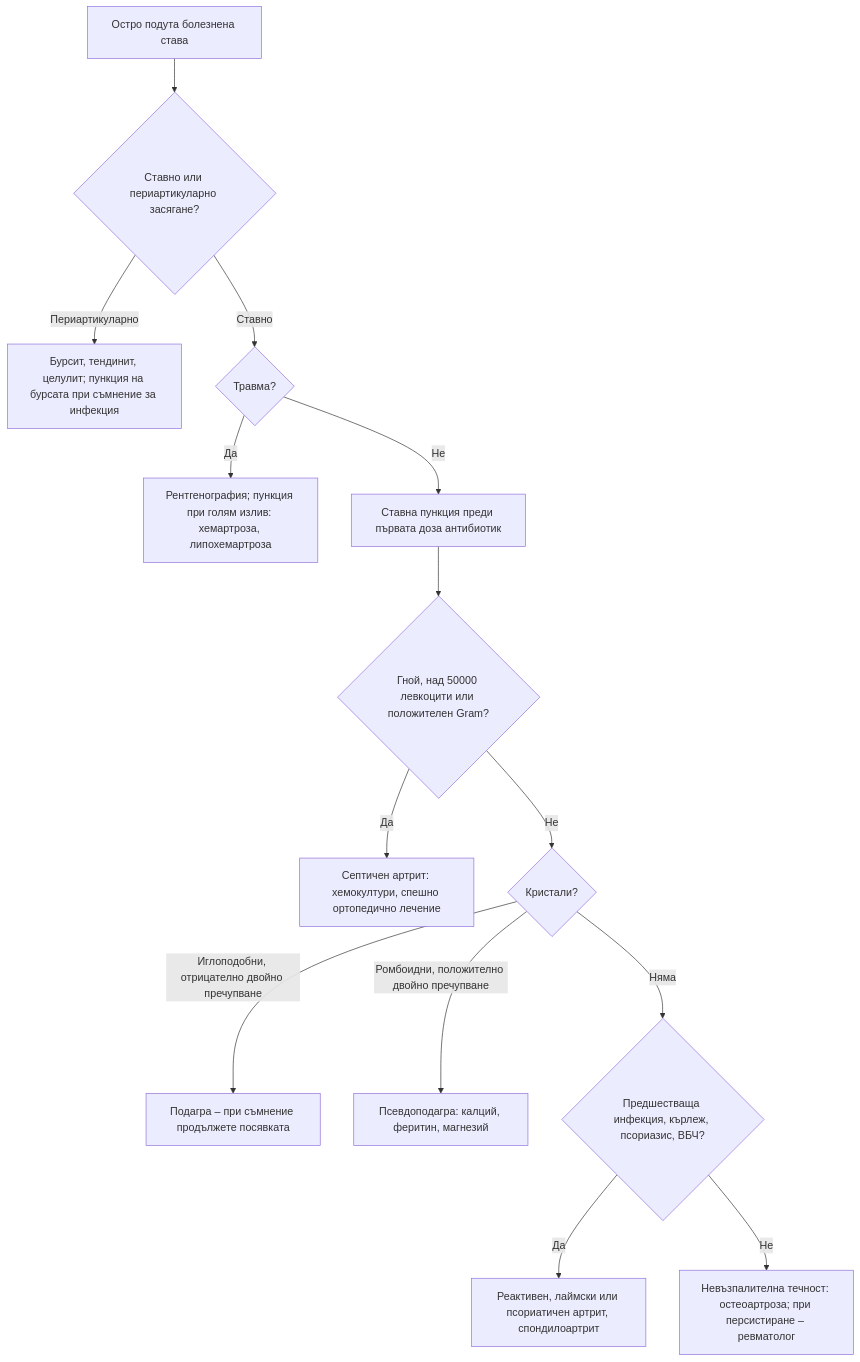
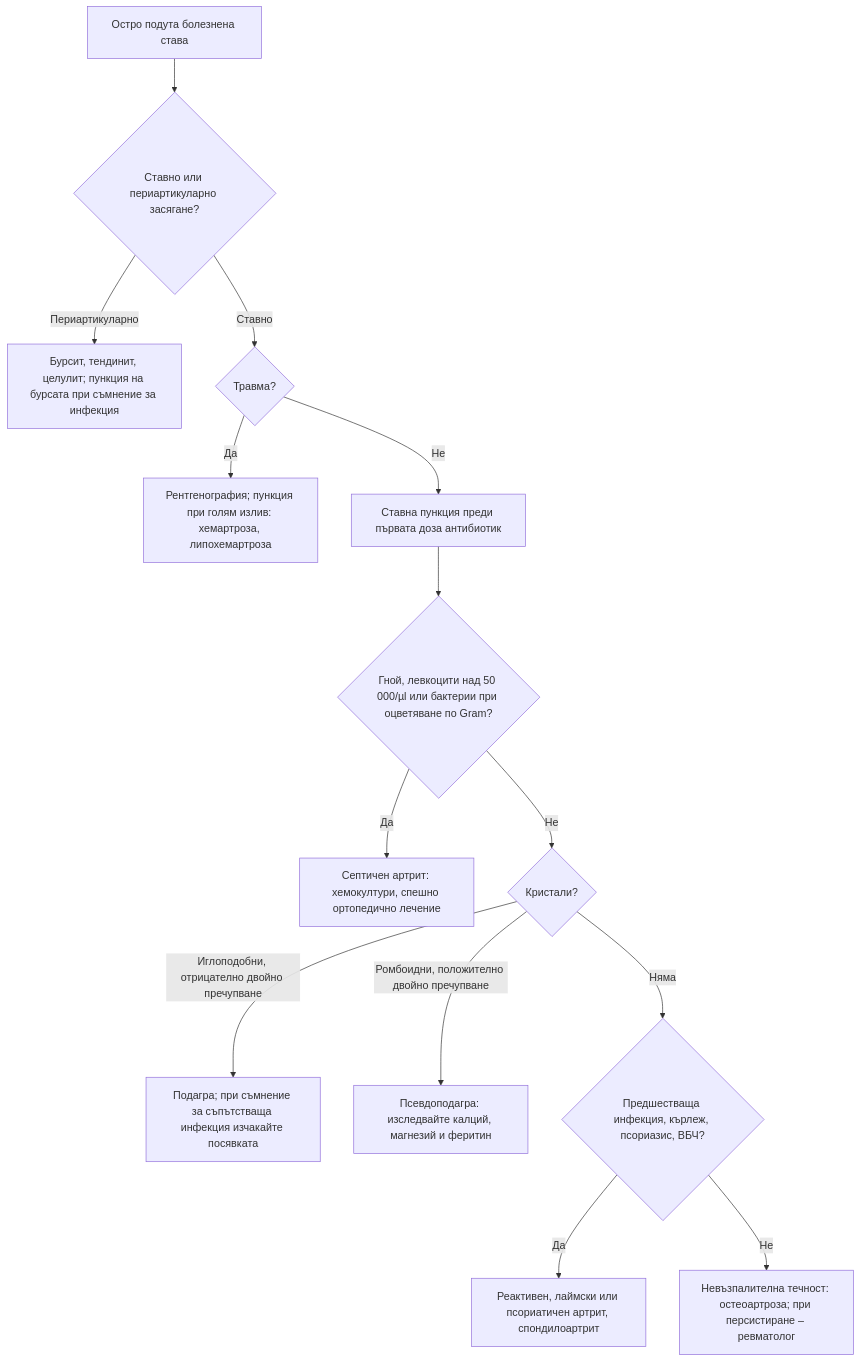
One commit to yancho26/yancho changed the diagram in glavi/51-monoartrit.md. Above: the diagram before and after it, drawn with Mermaid. The commit also changed other lines of this file, not shown here.

Commit message:
Езикова редакция: алгоритъм при остър моноартрит (гл. 51)
Claude-Session: https://claude.ai/code/session_01PeBRHaeZsc54knWqwD43cv

````diff
--- a/glavi/51-monoartrit.md
+++ b/glavi/51-monoartrit.md
@@ -170,18 +170,18 @@
 ```mermaid
 flowchart TD
     accTitle: Диагностичен алгоритъм при остър моноартрит
-    accDescr: Блок-схема. Начало: Остро подута болезнена става. Въпроси: Ставно или периартикуларно засягане? · Травма? · Гной, над 50000 левкоцити или положителен Gram? · Кристали? · Предшестваща инфекция, кърлеж, псориазис, ВБЧ? Пълното текстово описание е под схемата.
+    accDescr: Блок-схема. Начало: Остро подута болезнена става. Въпроси: Ставно или периартикуларно засягане? · Травма? · Гной, левкоцити над 50 000/µl или бактерии при оцветяване по Gram? · Кристали? · Предшестваща инфекция, кърлеж, псориазис, ВБЧ? Пълното текстово описание е под схемата.
     A["Остро подута болезнена става"] --> B{"Ставно или периартикуларно засягане?"}
     B -->|Периартикуларно| C["Бурсит, тендинит, целулит; пункция на бурсата при съмнение за инфекция"]
     B -->|Ставно| D{"Травма?"}
     D -->|Да| E["Рентгенография; пункция при голям излив: хемартроза, липохемартроза"]
     D -->|Не| F["Ставна пункция преди първата доза антибиотик"]
-    F --> G{"Гной, над 50000 левкоцити или положителен Gram?"}
+    F --> G{"Гной, левкоцити над 50 000/µl или бактерии при оцветяване по Gram?"}
     G -->|Да| H["Септичен артрит: хемокултури, спешно ортопедично лечение"]
     G -->|Не| I{"Кристали?"}
-    I -->|Иглоподобни, отрицателно двойно пречупване| J["Подагра – при съмнение продължете посявката"]
-    I -->|Ромбоидни, положително двойно пречупване| K["Псевдоподагра: калций, феритин, магнезий"]
+    I -->|Иглоподобни, отрицателно двойно пречупване| J["Подагра; при съмнение за съпътстваща инфекция изчакайте посявката"]
+    I -->|Ромбоидни, положително двойно пречупване| K["Псевдоподагра: изследвайте калций, магнезий и феритин"]
     I -->|Няма| L{"Предшестваща инфекция, кърлеж, псориазис, ВБЧ?"}
     L -->|Да| M["Реактивен, лаймски или псориатичен артрит, спондилоартрит"]
     L -->|Не| N["Невъзпалителна течност: остеоартроза; при персистиране – ревматолог"]
 ```
````
